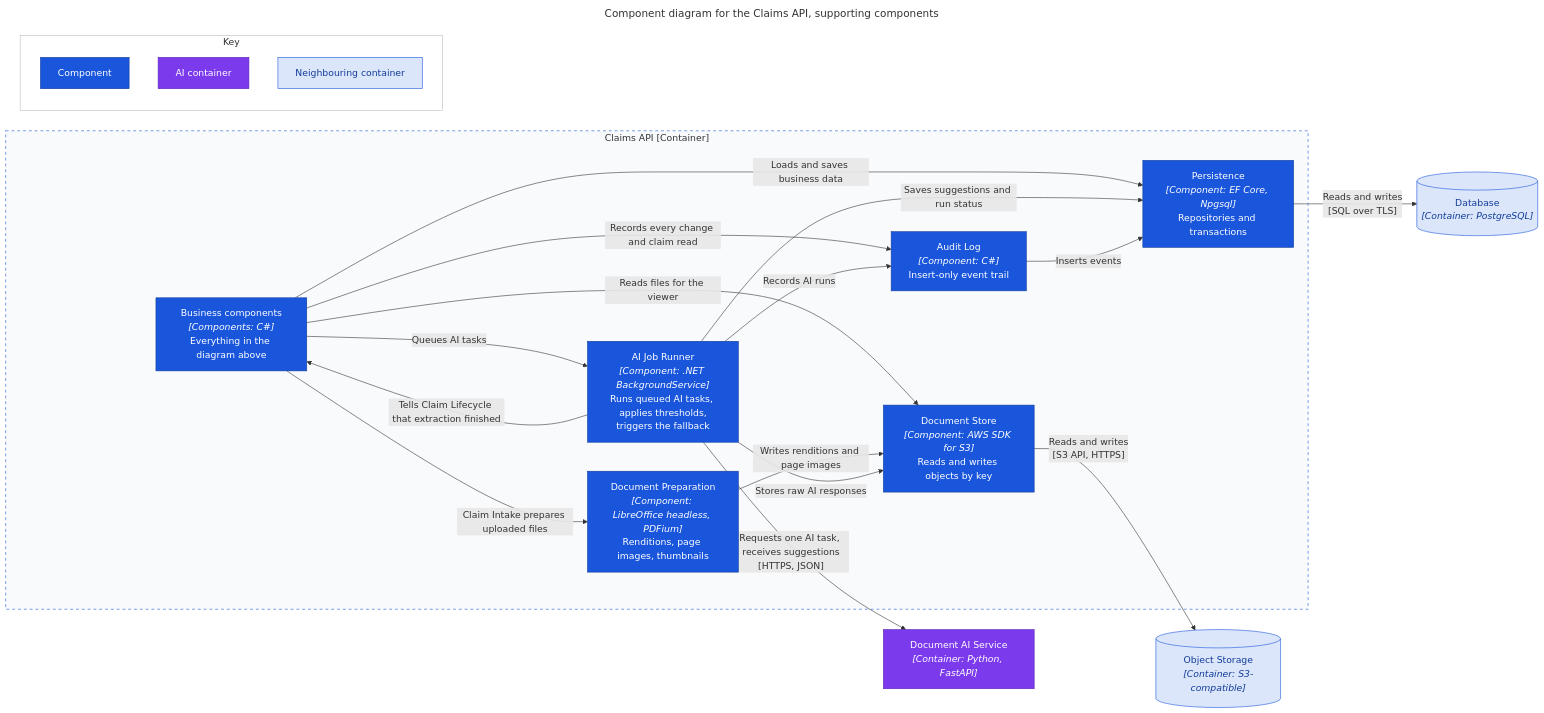
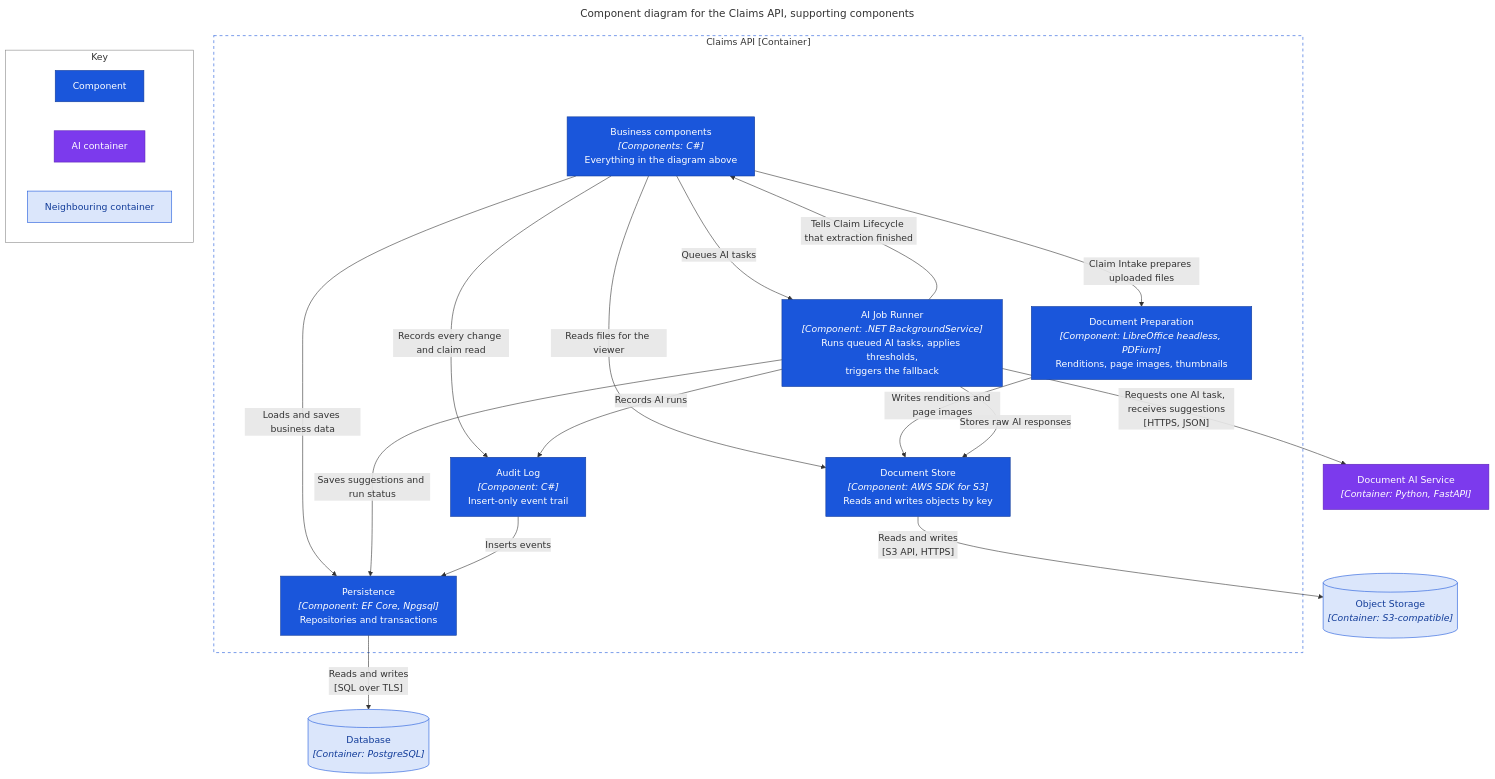
Before and after one commit to cuonglpv/PMDC-AITHUCCHIEN: the second of 2 diagrams in docs/architecture/c4/03-component-claims-api.md, drawn with Mermaid. The commit also changed other lines of this file and 3 other files, not shown here.

First line of the commit message:
docs: make C4 diagrams readable on GitHub

````diff
--- a/docs/architecture/c4/03-component-claims-api.md
+++ b/docs/architecture/c4/03-component-claims-api.md
@@ -68,48 +75,52 @@
 ```mermaid
 ---
 title: Component diagram for the Claims API, supporting components
+config:
+  flowchart:
+    wrappingWidth: 320
 ---
-flowchart LR
+flowchart TB
     subgraph api["Claims API [Container]"]
         business["Business components<br/><i>[Components: C#]</i><br/>Everything in the diagram above"]
         prep["Document Preparation<br/><i>[Component: LibreOffice headless, PDFium]</i><br/>Renditions, page images, thumbnails"]
         jobs["AI Job Runner<br/><i>[Component: .NET BackgroundService]</i><br/>Runs queued AI tasks, applies thresholds,<br/>triggers the fallback"]
         audit["Audit Log<br/><i>[Component: C#]</i><br/>Insert-only event trail"]
         persistence["Persistence<br/><i>[Component: EF Core, Npgsql]</i><br/>Repositories and transactions"]
         files["Document Store<br/><i>[Component: AWS SDK for S3]</i><br/>Reads and writes objects by key"]
     end
 
     ai["Document AI Service<br/><i>[Container: Python, FastAPI]</i>"]
     db[("Database<br/><i>[Container: PostgreSQL]</i>")]
     storage[("Object Storage<br/><i>[Container: S3-compatible]</i>")]
 
     business -- "Claim Intake prepares uploaded files" --> prep
     business -- "Queues AI tasks" --> jobs
     jobs -- "Tells Claim Lifecycle that extraction finished" --> business
     business -- "Records every change and claim read" --> audit
     jobs -- "Records AI runs" --> audit
     business -- "Loads and saves business data" --> persistence
     jobs -- "Saves suggestions and run status" --> persistence
     audit -- "Inserts events" --> persistence
     business -- "Reads files for the viewer" --> files
     prep -- "Writes renditions and page images" --> files
     jobs -- "Stores raw AI responses" --> files
     jobs -- "Requests one AI task, receives suggestions<br/>[HTTPS, JSON]" --> ai
     persistence -- "Reads and writes<br/>[SQL over TLS]" --> db
     files -- "Reads and writes<br/>[S3 API, HTTPS]" --> storage
 
     subgraph key["Key"]
+        direction LR
         keyComponent["Component"]
         keyAi["AI container"]
         keyNeighbour["Neighbouring container"]
     end
 
     classDef component fill:#1a56db,color:#fff,stroke:#123c99
     classDef aiBox fill:#7c3aed,color:#fff,stroke:#5b21b6
     classDef neighbour fill:#dbe6fb,color:#123c99,stroke:#1a56db
     class business,prep,jobs,audit,persistence,files,keyComponent component
     class ai,keyAi aiBox
     class db,storage,keyNeighbour neighbour
-    style api fill:#f8fafc,stroke:#1a56db,stroke-dasharray:5 5
-    style key fill:#fff,stroke:#bbb
+    style api fill:transparent,stroke:#1a56db,stroke-dasharray:5 5
+    style key fill:transparent,stroke:#888
 ```
````
